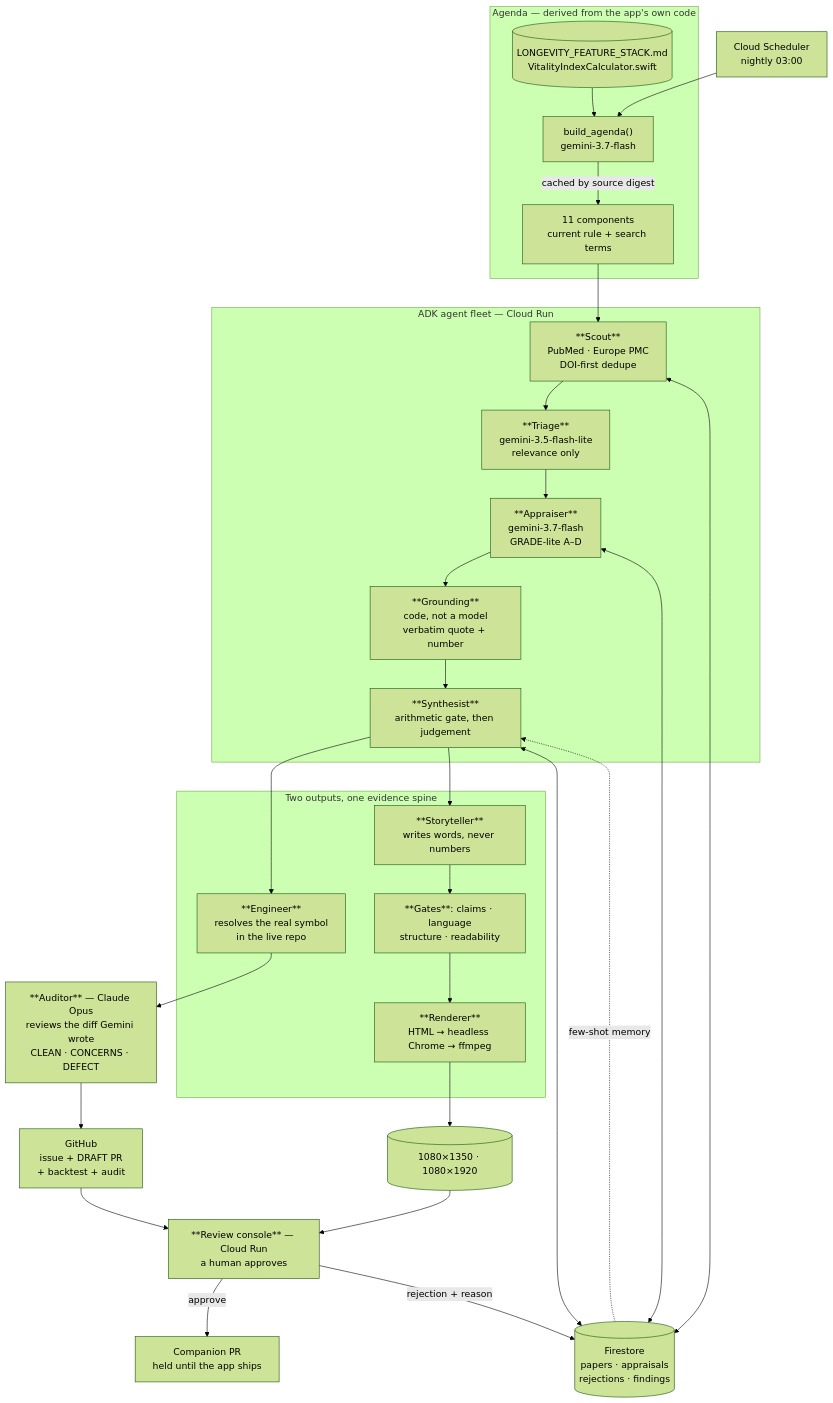
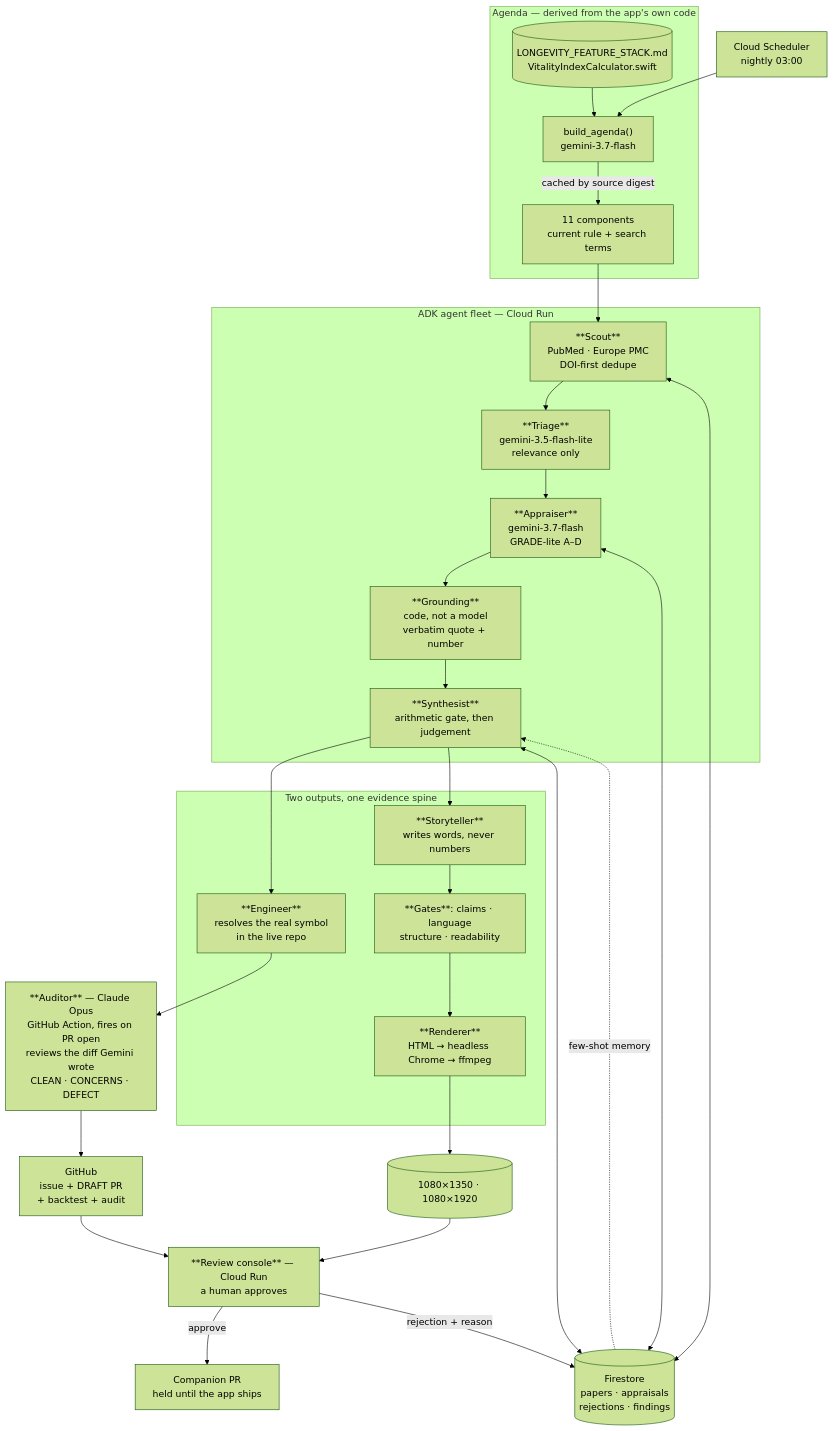
One commit to m1insights/provenance changed the diagram in docs/architecture.md. Above: the diagram before and after it, drawn with Mermaid (forest theme). The commit also changed other lines of this file and 1 other file, not shown here.

First line of the commit message:
docs: Opus audits on PR open now, not from a terminal command

````diff
--- a/docs/architecture.md
+++ b/docs/architecture.md
@@ -14,49 +14,49 @@
 ```mermaid
 flowchart TB
     SCHED["Cloud Scheduler<br/>nightly 03:00"] --> AGENDA
 
     subgraph DERIVE["Agenda — derived from the app's own code"]
         AGENDA["build_agenda()<br/>gemini-3.7-flash"]
         SRC[("LONGEVITY_FEATURE_STACK.md<br/>VitalityIndexCalculator.swift")]
         SRC --> AGENDA
         AGENDA -->|"cached by source digest"| ITEMS["11 components<br/>current rule + search terms"]
     end
 
     ITEMS --> SCOUT
 
     subgraph FLEET["ADK agent fleet — Cloud Run"]
         SCOUT["**Scout**<br/>PubMed · Europe PMC<br/>DOI-first dedupe"]
         TRIAGE["**Triage**<br/>gemini-3.5-flash-lite<br/>relevance only"]
         APPRAISE["**Appraiser**<br/>gemini-3.7-flash<br/>GRADE-lite A–D"]
         GROUND["**Grounding**<br/>code, not a model<br/>verbatim quote + number"]
         SYNTH["**Synthesist**<br/>arithmetic gate, then judgement"]
         SCOUT --> TRIAGE --> APPRAISE --> GROUND --> SYNTH
     end
 
     SYNTH --> ENG
     SYNTH --> STORY
 
     subgraph OUT["Two outputs, one evidence spine"]
         ENG["**Engineer**<br/>resolves the real symbol<br/>in the live repo"]
         STORY["**Storyteller**<br/>writes words, never numbers"]
         GATES["**Gates**: claims · language<br/>structure · readability"]
         RENDER["**Renderer**<br/>HTML → headless Chrome → ffmpeg"]
         STORY --> GATES --> RENDER
     end
 
-    ENG --> AUDIT["**Auditor** — Claude Opus<br/>reviews the diff Gemini wrote<br/>CLEAN · CONCERNS · DEFECT"]
+    ENG --> AUDIT["**Auditor** — Claude Opus<br/>GitHub Action, fires on PR open<br/>reviews the diff Gemini wrote<br/>CLEAN · CONCERNS · DEFECT"]
     AUDIT --> GH["GitHub<br/>issue + DRAFT PR<br/>+ backtest + audit"]
     RENDER --> CREATIVES[("1080×1350 · 1080×1920")]
 
     GH --> CONSOLE
     CREATIVES --> CONSOLE
     CONSOLE["**Review console** — Cloud Run<br/>a human approves"]
     CONSOLE -->|"approve"| COMPANION["Companion PR<br/>held until the app ships"]
     CONSOLE -->|"rejection + reason"| FS
 
     FS[("Firestore<br/>papers · appraisals<br/>rejections · findings")]
     SCOUT <--> FS
     APPRAISE <--> FS
     SYNTH <--> FS
     FS -.->|"few-shot memory"| SYNTH
 ```
````
